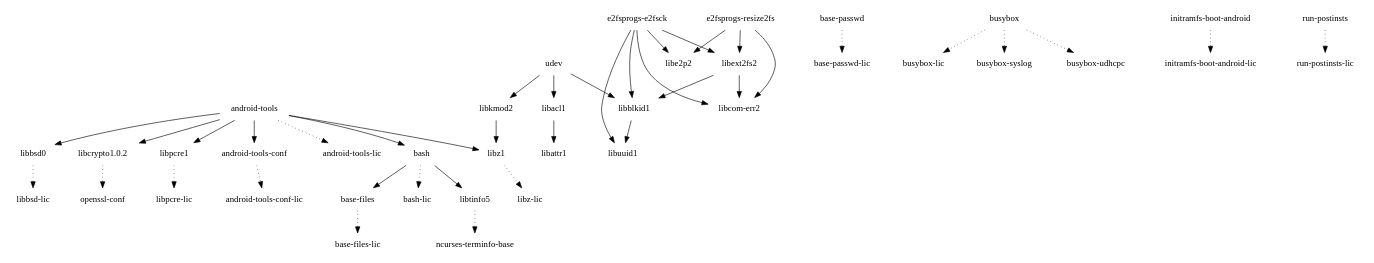
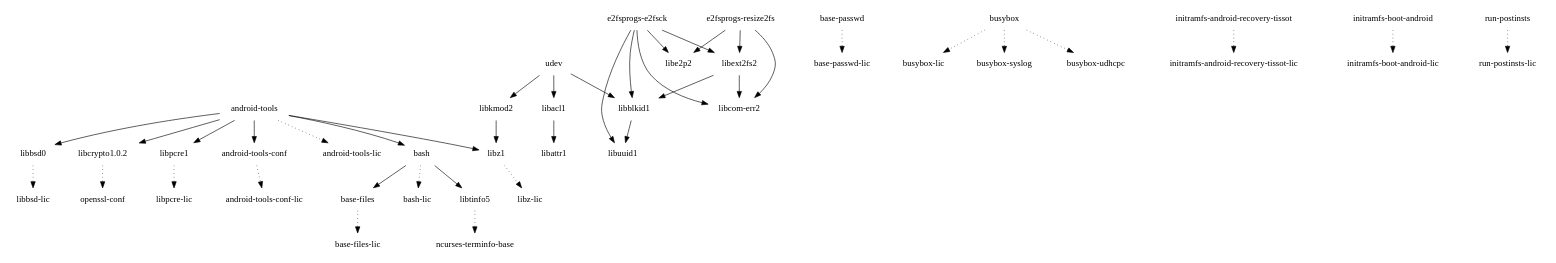
Before and after one commit to webOS-ports/buildhistory: the diagram in images/tissot/glibc/initramfs-android-image/depends-nokernel-nolibc-noupdate.dot, drawn with Graphviz. The commit also changed 10 other files, not shown here.

```diff
--- a/images/tissot/glibc/initramfs-android-image/depends-nokernel-nolibc-noupdate.dot
+++ b/images/tissot/glibc/initramfs-android-image/depends-nokernel-nolibc-noupdate.dot
@@ -1,42 +1,43 @@
 digraph depends {
     node [shape=plaintext]
 "android-tools" -> "android-tools-conf"
 "android-tools" -> "android-tools-lic" [style=dotted]
 "android-tools" -> "bash"
 "android-tools-conf" -> "android-tools-conf-lic" [style=dotted]
 "android-tools" -> "libbsd0"
 "android-tools" -> "libcrypto1.0.2"
 "android-tools" -> "libpcre1"
 "android-tools" -> "libz1"
 "base-files" -> "base-files-lic" [style=dotted]
 "base-passwd" -> "base-passwd-lic" [style=dotted]
 "bash" -> "base-files"
 "bash" -> "bash-lic" [style=dotted]
 "bash" -> "libtinfo5"
 "busybox" -> "busybox-lic" [style=dotted]
 "busybox" -> "busybox-syslog" [style=dotted]
 "busybox" -> "busybox-udhcpc" [style=dotted]
 "e2fsprogs-e2fsck" -> "libblkid1"
 "e2fsprogs-e2fsck" -> "libcom-err2"
 "e2fsprogs-e2fsck" -> "libe2p2"
 "e2fsprogs-e2fsck" -> "libext2fs2"
 "e2fsprogs-e2fsck" -> "libuuid1"
 "e2fsprogs-resize2fs" -> "libcom-err2"
 "e2fsprogs-resize2fs" -> "libe2p2"
 "e2fsprogs-resize2fs" -> "libext2fs2"
+"initramfs-android-recovery-tissot" -> "initramfs-android-recovery-tissot-lic" [style=dotted]
 "initramfs-boot-android" -> "initramfs-boot-android-lic" [style=dotted]
 "libacl1" -> "libattr1"
 "libblkid1" -> "libuuid1"
 "libbsd0" -> "libbsd-lic" [style=dotted]
 "libcrypto1.0.2" -> "openssl-conf" [style=dotted]
 "libext2fs2" -> "libblkid1"
 "libext2fs2" -> "libcom-err2"
 "libkmod2" -> "libz1"
 "libpcre1" -> "libpcre-lic" [style=dotted]
 "libtinfo5" -> "ncurses-terminfo-base" [style=dotted]
 "libz1" -> "libz-lic" [style=dotted]
 "run-postinsts" -> "run-postinsts-lic" [style=dotted]
 "udev" -> "libacl1"
 "udev" -> "libblkid1"
 "udev" -> "libkmod2"
 }
```
